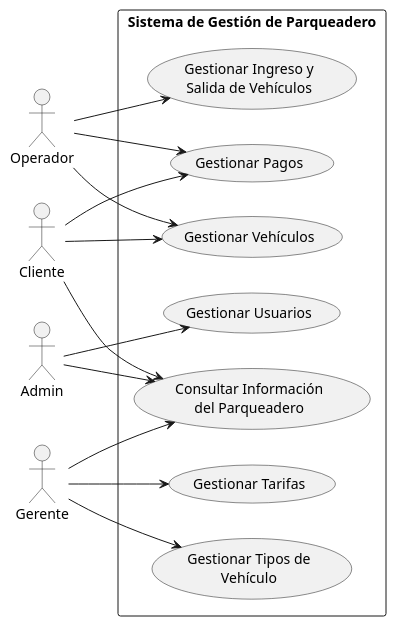
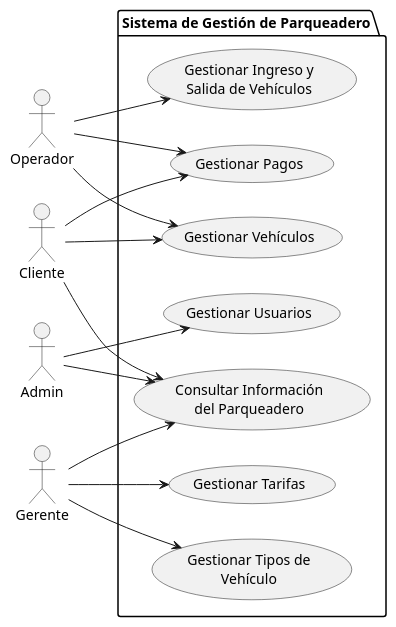
The diagram in docs/domain/UC0-diagram.puml (xdark-nessx20/demo_parq_temp), drawn with PlantUML before and after one commit.

```diff
--- a/docs/domain/UC0-diagram.puml
+++ b/docs/domain/UC0-diagram.puml
@@ -1,37 +1,36 @@
 @startuml
 left to right direction
-skinparam packageStyle rectangle
 
 actor "Cliente" as c
 actor "Operador" as o
 actor "Admin" as a
 actor "Gerente" as g
 
-rectangle "Sistema de Gestión de Parqueadero" {
+package "Sistema de Gestión de Parqueadero" {
   
   usecase "Gestionar Ingreso y\nSalida de Vehículos" as UC1
   usecase "Gestionar Pagos" as UC2
   usecase "Gestionar Vehículos" as UC3
   usecase "Gestionar Tarifas" as UC4
   usecase "Gestionar Tipos de\nVehículo" as UC5
   usecase "Gestionar Usuarios" as UC6
   usecase "Consultar Información\ndel Parqueadero" as UC7
 
 }
 
 c --> UC2
 c --> UC3
 c --> UC7
 
 o --> UC1
 o --> UC2
 o --> UC3
 
 a --> UC6
 a --> UC7
 
 g --> UC4
 g --> UC5
 g --> UC7
 
 @enduml
```
